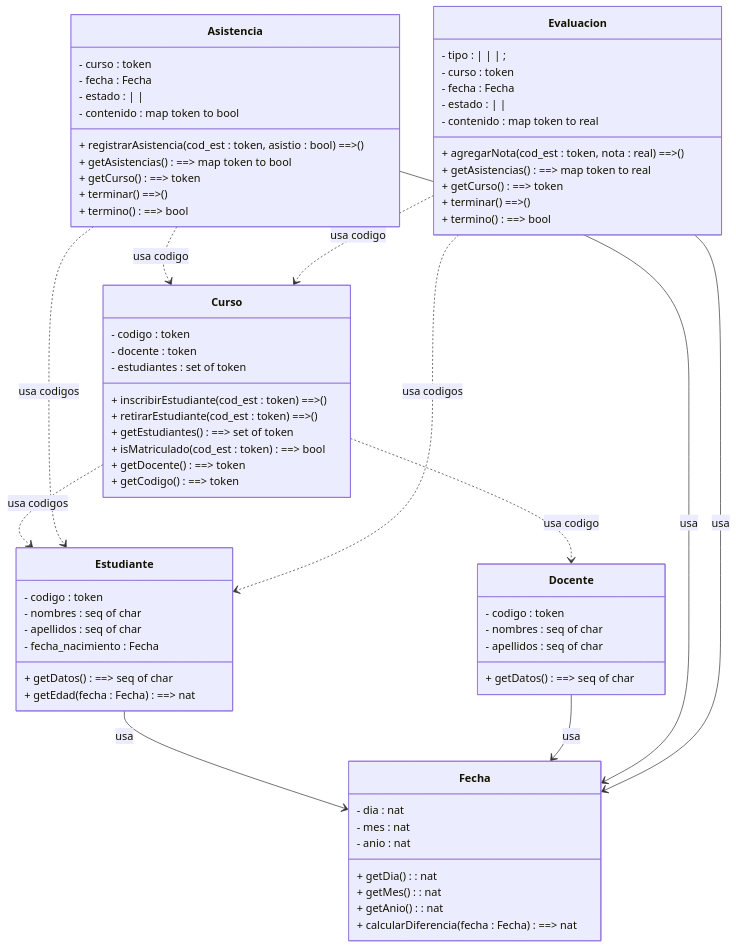
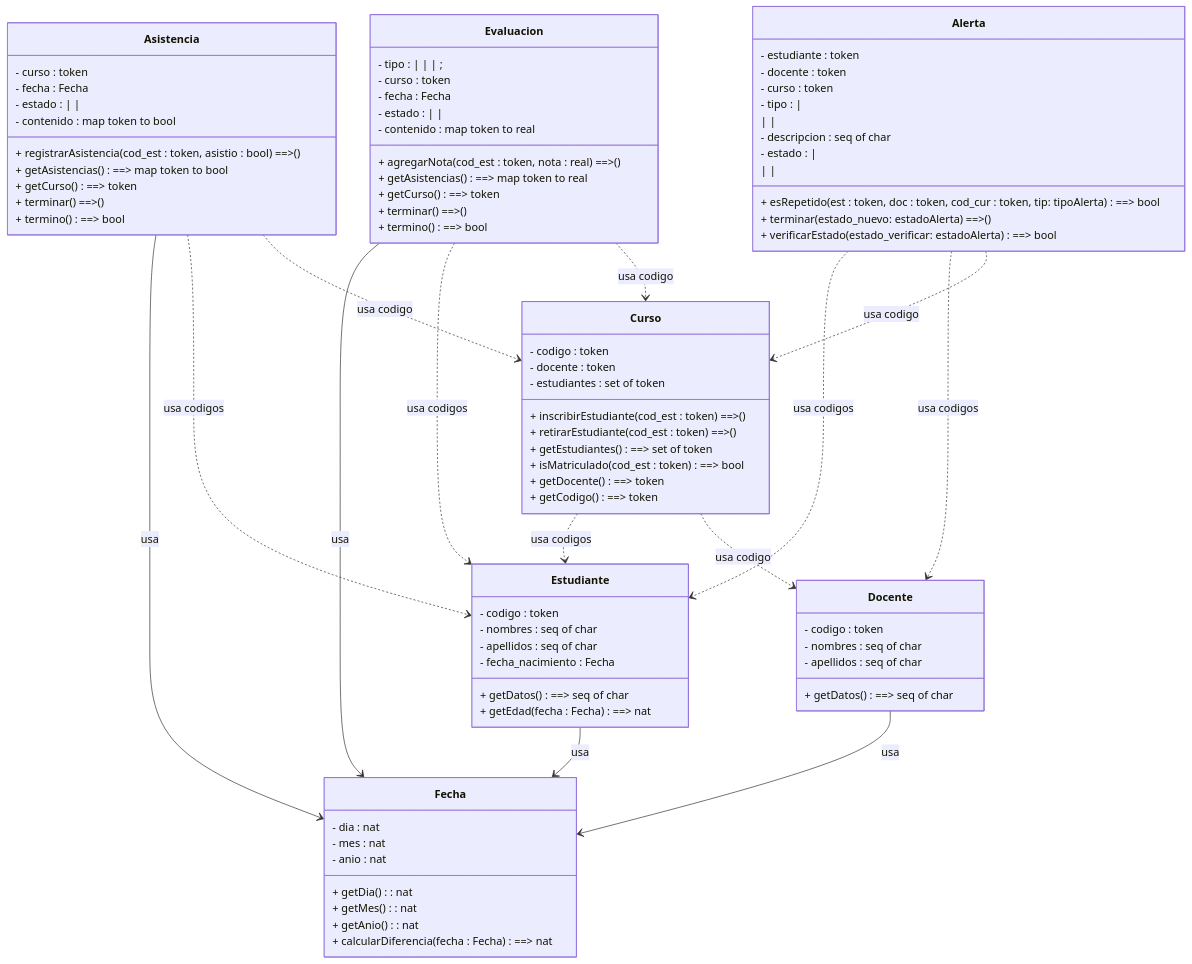
Before and after one commit to joeCuadros/Sistema_monitoreo: the diagram in VDM++/readme.md, drawn with Mermaid. The commit also changed 3 other files, not shown here.

````diff
--- a/VDM++/readme.md
+++ b/VDM++/readme.md
@@ -94,6 +94,20 @@
     + termino() ==> bool
 }
 
+class Alerta {
+    - estudiante : token
+    - docente : token
+    - curso : token
+    - tipo : <BajoRendimiento> | <Inasistencia> 
+    | <FaltaEvaluacion> | <AdvertenciaGeneral>
+    - descripcion : seq of char
+    - estado : <Creado> | <Pendiente> 
+    | <Concluido> | <Archivado>
+    + esRepetido(est : token, doc : token, cod_cur : token, tip: tipoAlerta) ==> bool
+    + terminar(estado_nuevo: estadoAlerta) ==> ()
+    + verificarEstado(estado_verificar: estadoAlerta) ==> bool
+}
+
 Estudiante --> Fecha : usa
 Docente --> Fecha : usa
 Curso ..> Estudiante : usa codigos
@@ -104,4 +118,7 @@
 Evaluacion --> Fecha : usa
 Evaluacion ..> Estudiante : usa codigos
 Evaluacion ..> Curso : usa codigo
+Alerta ..> Estudiante : usa codigos
+Alerta ..> Docente : usa codigos
+Alerta ..> Curso : usa codigo
 ```
````
